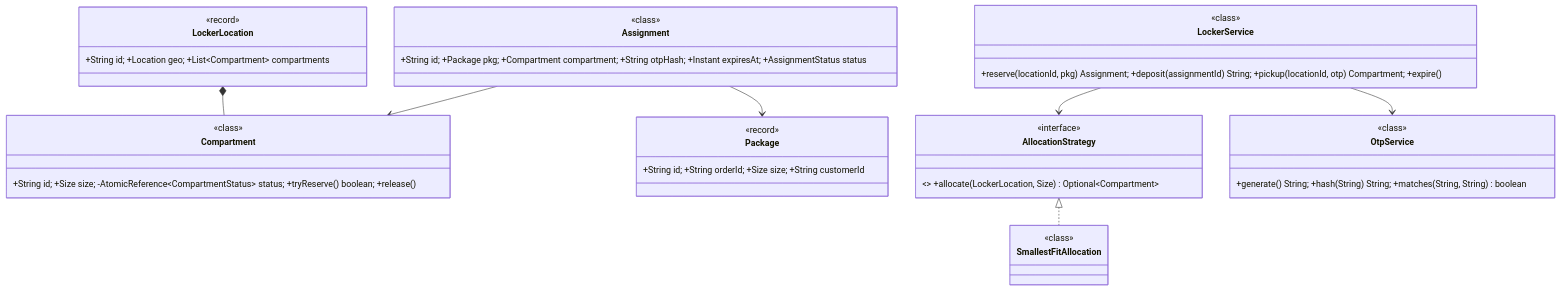
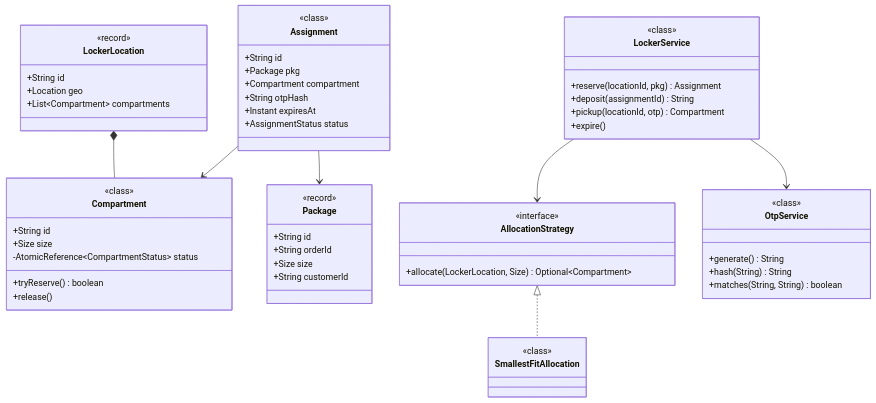
One commit to amarkum/amarkumar.guru changed the first of 2 diagrams in system-design/lld/19-amazon-locker.md. Above: the diagram before and after it, drawn with Mermaid. The commit also changed other lines of this file and 27 other files, not shown here.

````diff
--- a/system-design/lld/19-amazon-locker.md
+++ b/system-design/lld/19-amazon-locker.md
@@ -42,40 +42,74 @@
 ```mermaid
 classDiagram
-    class LockerLocation { +String id; +Location geo; +List~Compartment~ compartments }
-    class Compartment { +String id; +Size size; -AtomicReference~CompartmentStatus~ status; +tryReserve() boolean; +release() }
-    class Package { +String id; +String orderId; +Size size; +String customerId }
-    class Assignment { +String id; +Package pkg; +Compartment compartment; +String otpHash; +Instant expiresAt; +AssignmentStatus status }
-    class AllocationStrategy { <<interface>> +allocate(LockerLocation, Size) Optional~Compartment~ }
+    class LockerLocation {
+      +String id
+      +Location geo
+      +List~Compartment~ compartments
+    }
+    class Compartment {
+      +String id
+      +Size size
+      -AtomicReference~CompartmentStatus~ status
+      +tryReserve() boolean
+      +release()
+    }
+    class Package {
+      +String id
+      +String orderId
+      +Size size
+      +String customerId
+    }
+    class Assignment {
+      +String id
+      +Package pkg
+      +Compartment compartment
+      +String otpHash
+      +Instant expiresAt
+      +AssignmentStatus status
+    }
+    class AllocationStrategy {
+      <<interface>>
+      +allocate(LockerLocation, Size) Optional~Compartment~
+    }
     class SmallestFitAllocation {
       <<class>>
     }
-    class OtpService { +generate() String; +hash(String) String; +matches(String, String) boolean }
-    class LockerService { +reserve(locationId, pkg) Assignment; +deposit(assignmentId) String; +pickup(locationId, otp) Compartment; +expire() }
+    class OtpService {
+      +generate() String
+      +hash(String) String
+      +matches(String, String) boolean
+    }
+    class LockerService {
+      +reserve(locationId, pkg) Assignment
+      +deposit(assignmentId) String
+      +pickup(locationId, otp) Compartment
+      +expire()
+    }
     LockerLocation *-- Compartment
     Assignment --> Compartment
     Assignment --> Package
     AllocationStrategy <|.. SmallestFitAllocation
     LockerService --> AllocationStrategy
     LockerService --> OtpService
     class LockerService {
       <<class>>
     }
     class OtpService {
       <<class>>
     }
     class Assignment {
       <<class>>
     }
     class Compartment {
       <<class>>
     }
     class AllocationStrategy {
       <<interface>>
     }
     class LockerLocation {
       <<record>>
     }
     class Package {
       <<record>>
     }
 ```
````
